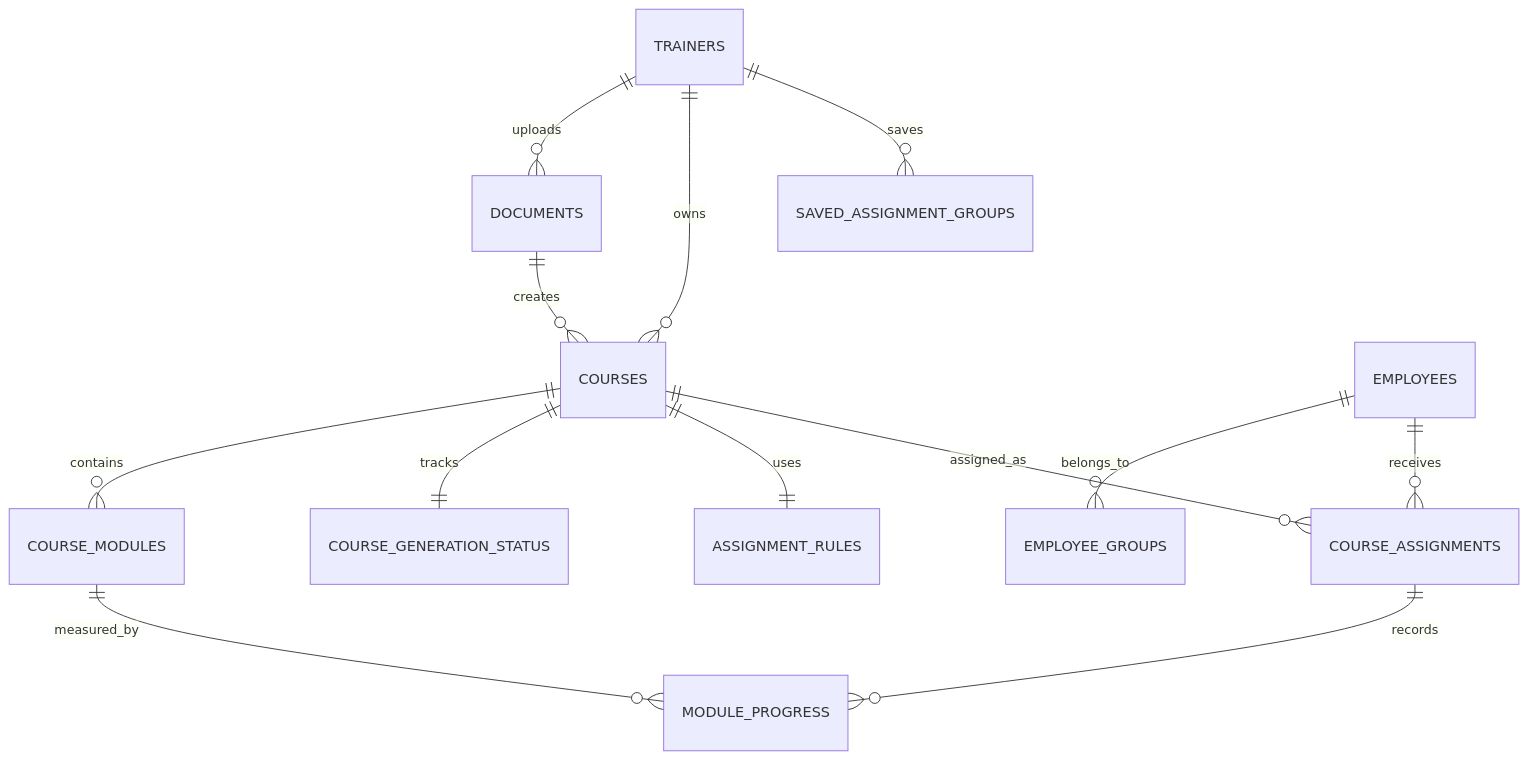
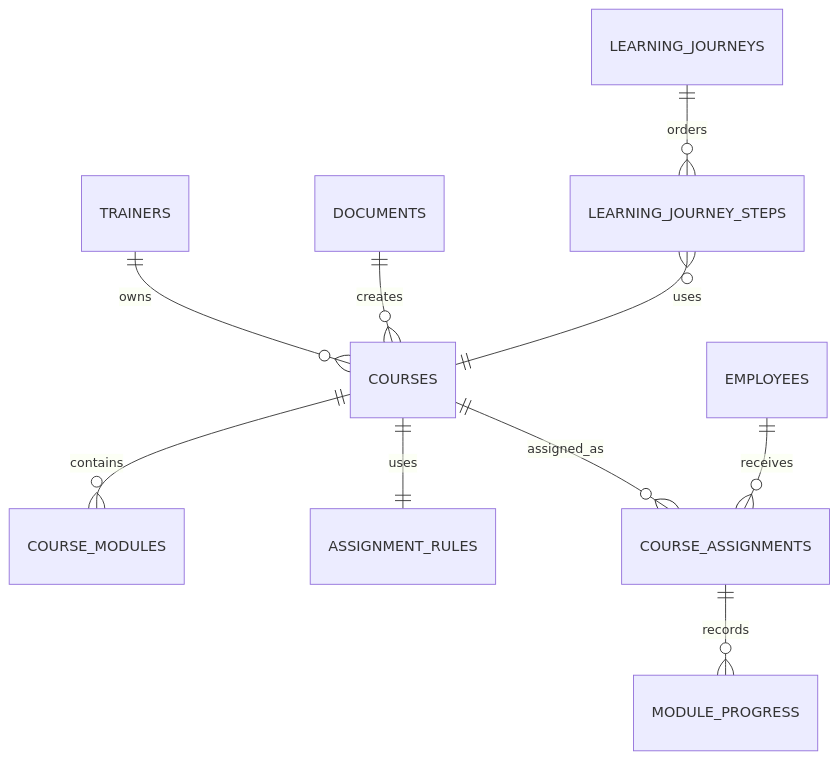
The fifth of 5 diagrams in README.md (PraharshSrivastava/learning-management), drawn with Mermaid before and after one commit. The commit also changed other lines of this file and 14 other files, not shown here.

First line of the commit message:
Rewrite README and add architecture guide and module READMEs

````diff
--- a/README.md
+++ b/README.md
@@ -412,15 +190,12 @@
 ```mermaid
 erDiagram
-    TRAINERS ||--o{ DOCUMENTS : uploads
     TRAINERS ||--o{ COURSES : owns
     DOCUMENTS ||--o{ COURSES : creates
     COURSES ||--o{ COURSE_MODULES : contains
-    COURSES ||--|| COURSE_GENERATION_STATUS : tracks
     COURSES ||--|| ASSIGNMENT_RULES : uses
-    TRAINERS ||--o{ SAVED_ASSIGNMENT_GROUPS : saves
-    EMPLOYEES ||--o{ EMPLOYEE_GROUPS : belongs_to
     COURSES ||--o{ COURSE_ASSIGNMENTS : assigned_as
     EMPLOYEES ||--o{ COURSE_ASSIGNMENTS : receives
     COURSE_ASSIGNMENTS ||--o{ MODULE_PROGRESS : records
-    COURSE_MODULES ||--o{ MODULE_PROGRESS : measured_by
+    LEARNING_JOURNEYS ||--o{ LEARNING_JOURNEY_STEPS : orders
+    LEARNING_JOURNEY_STEPS }o--|| COURSES : uses
 ```
````
